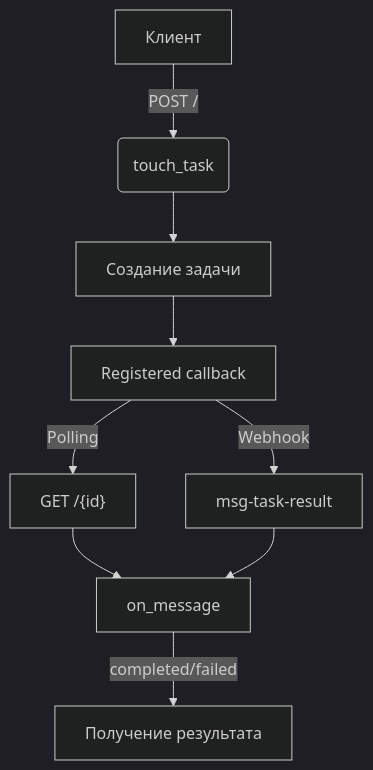
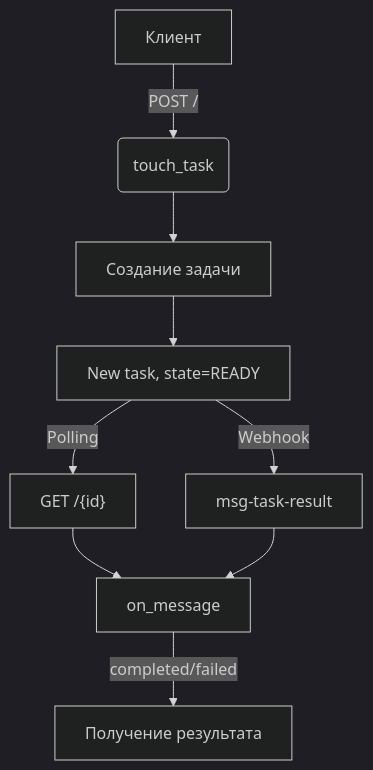
Before and after one commit to OlegLebedevRU/iot-rpc-rest-app: the diagram in docs/task-workflow-doc.md, drawn with Mermaid (dark theme). The commit also changed other lines of this file, not shown here.

Commit message:
add docs task-workflow-doc.md

`````diff
--- a/docs/task-workflow-doc.md
+++ b/docs/task-workflow-doc.md
@@ -34,11 +35,11 @@
 ````mermaid 
     graph TB
         A[Клиент] -->|POST /| B(touch_task)
         B --> C[Создание задачи]
-        C --> D[Registered callback]
+        C --> D[New task, state=READY]
         D -->|Polling| E["GET /{id}"]
         D -->|Webhook| F[msg-task-result]
         E --> G[on_message]
         F --> G
         G -->|completed/failed| H[Получение результата]
 ````
`````
